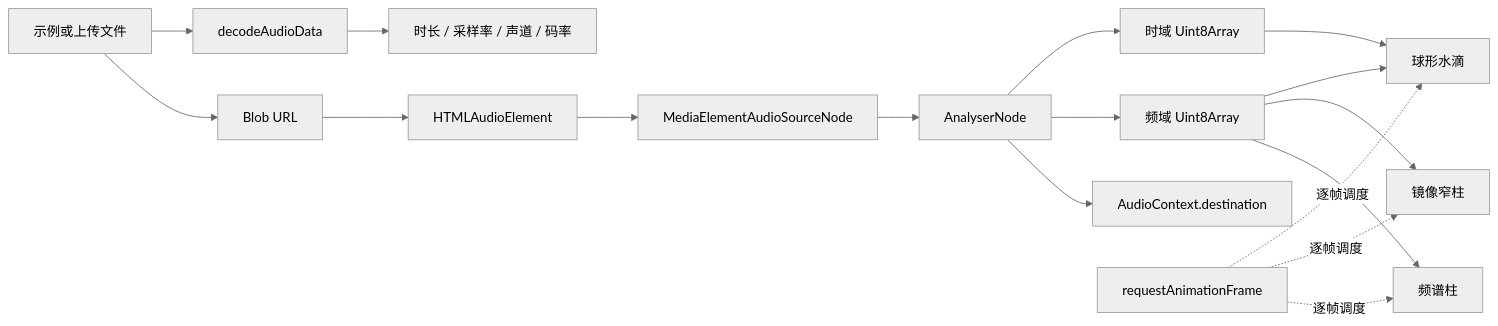
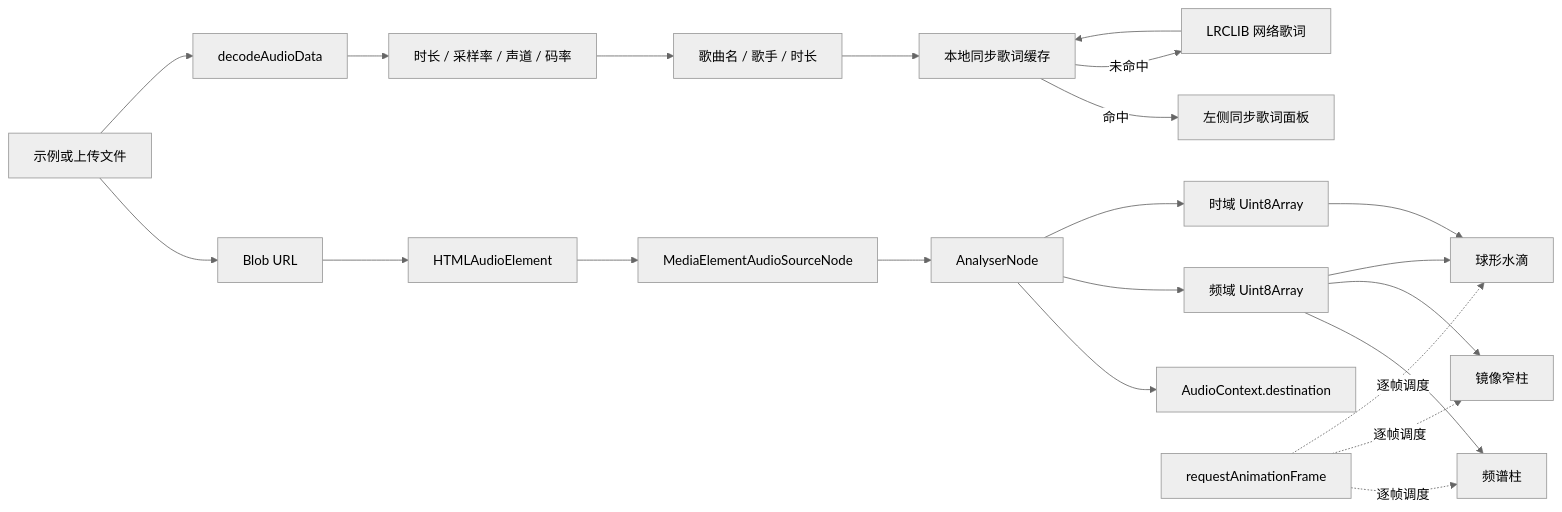
The diagram in src/pages/music/audio-visualizer/README.md (gylautorun/front-end-voice), drawn with Mermaid (neutral theme) before and after one commit. The commit also changed other lines of this file and 18 other files, not shown here.

````diff
--- a/src/pages/music/audio-visualizer/README.md
+++ b/src/pages/music/audio-visualizer/README.md
@@ -73,21 +83,26 @@
 ```mermaid
 flowchart LR
     File[示例或上传文件] --> BlobURL[Blob URL]
     BlobURL --> Audio[HTMLAudioElement]
     File --> Decode[decodeAudioData]
     Decode --> Metadata[时长 / 采样率 / 声道 / 码率]
+    Metadata --> LyricsQuery[歌曲名 / 歌手 / 时长]
+    LyricsQuery --> LyricsCache[本地同步歌词缓存]
+    LyricsCache -->|命中| LyricsPanel[左侧同步歌词面板]
+    LyricsCache -->|未命中| LRCLIB[LRCLIB 网络歌词]
+    LRCLIB --> LyricsCache
 
     Audio --> Source[MediaElementAudioSourceNode]
     Source --> Analyser[AnalyserNode]
     Analyser --> Output[AudioContext.destination]
 
     Analyser --> Frequency[频域 Uint8Array]
     Analyser --> Time[时域 Uint8Array]
     Frequency --> Bars[频谱柱]
     Frequency --> Mirror[镜像窄柱]
     Frequency --> Orb[球形水滴]
     Time --> Orb
     RAF[requestAnimationFrame] -.逐帧调度.-> Bars
     RAF -.逐帧调度.-> Mirror
     RAF -.逐帧调度.-> Orb
 ```
````
